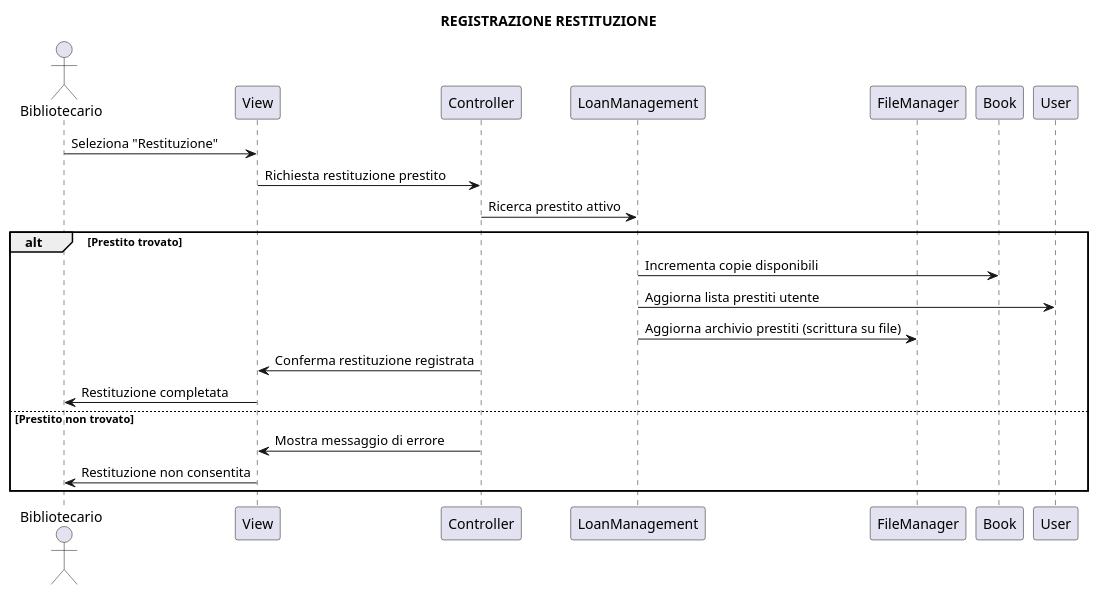
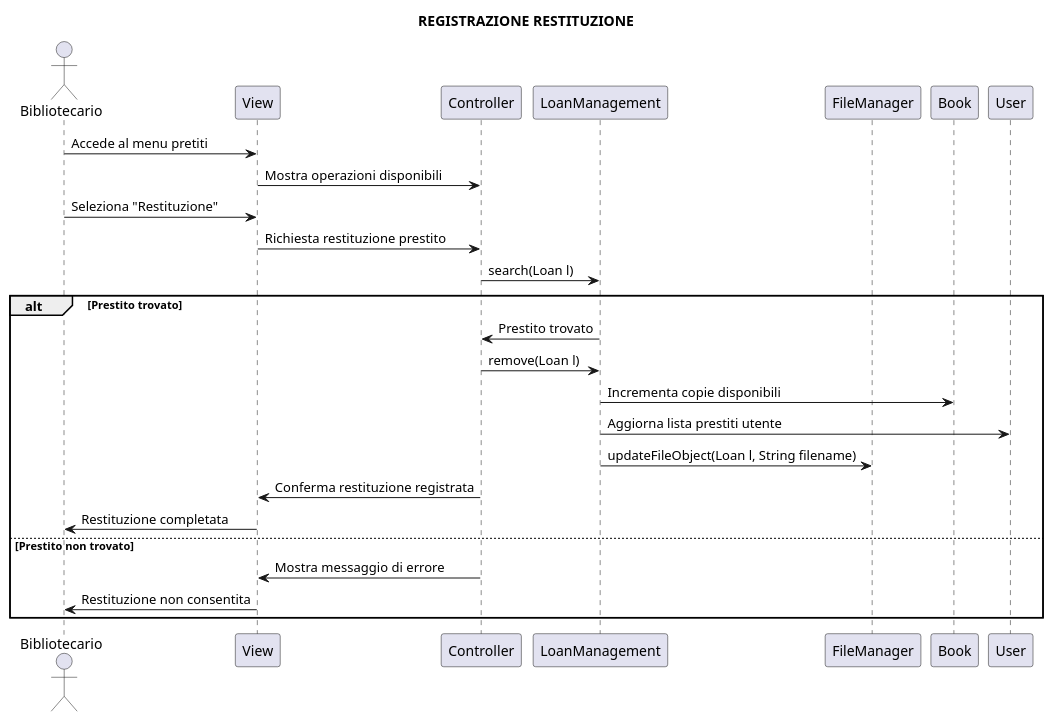
Before and after one commit to brunooliva7/Project-Ingegneria-del-Software14: the diagram in gruppo14BibliotecaUniversitaria/uml/RegistrazioneRestituzione.puml, drawn with PlantUML. The commit also changed 18 other files, not shown here.

```diff
--- a/gruppo14BibliotecaUniversitaria/uml/RegistrazioneRestituzione.puml
+++ b/gruppo14BibliotecaUniversitaria/uml/RegistrazioneRestituzione.puml
@@ -1,26 +1,30 @@
 @startuml
 title REGISTRAZIONE RESTITUZIONE
 
 actor Bibliotecario
 participant View
 participant Controller
 participant LoanManagement
 participant FileManager
 participant Book
 participant User
 
+Bibliotecario -> View: Accede al menu pretiti
+View -> Controller: Mostra operazioni disponibili
 Bibliotecario -> View: Seleziona "Restituzione"
 View -> Controller: Richiesta restituzione prestito
-Controller -> LoanManagement: Ricerca prestito attivo
+Controller -> LoanManagement: search(Loan l)
 
 alt Prestito trovato
+    LoanManagement -> Controller: Prestito trovato
+    Controller -> LoanManagement: remove(Loan l)
     LoanManagement -> Book: Incrementa copie disponibili
     LoanManagement -> User: Aggiorna lista prestiti utente
-    LoanManagement -> FileManager: Aggiorna archivio prestiti (scrittura su file)
+    LoanManagement -> FileManager: updateFileObject(Loan l, String filename)
     Controller -> View: Conferma restituzione registrata
     View -> Bibliotecario: Restituzione completata
 else Prestito non trovato
     Controller -> View: Mostra messaggio di errore
     View -> Bibliotecario: Restituzione non consentita
 end
 @enduml
```
